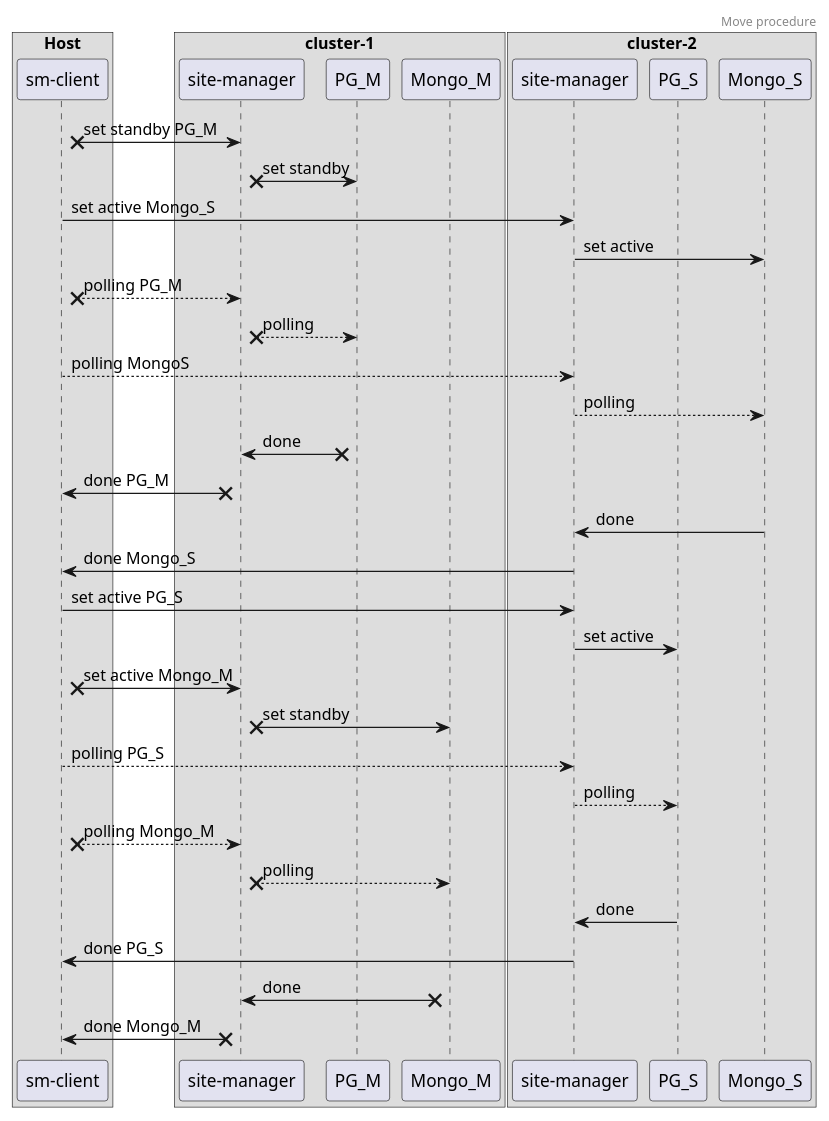
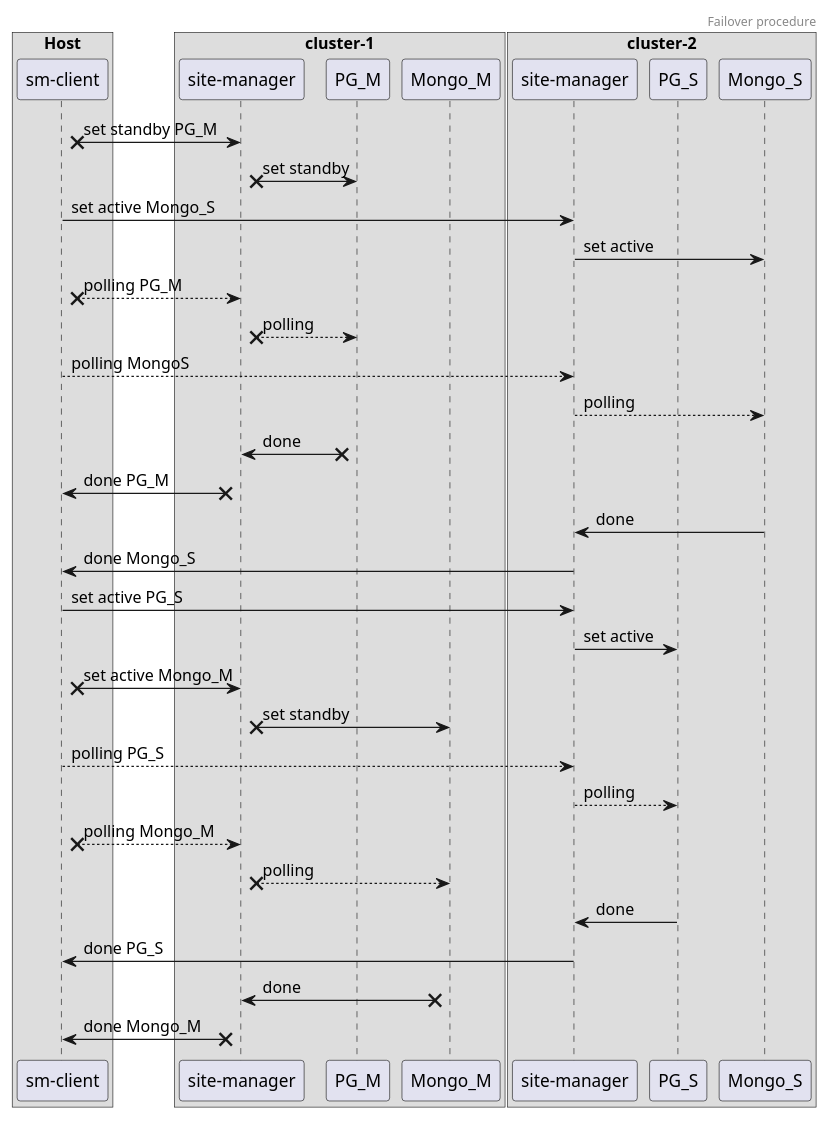
One commit to Netcracker/DRNavigator changed the diagram in documentation/sources/site-manager_diagram_failover.puml. Above: the diagram before and after it, drawn with PlantUML. The commit also changed 3 other files, not shown here.

Commit message:
fix dr procedure diagrams

```diff
--- a/documentation/sources/site-manager_diagram_failover.puml
+++ b/documentation/sources/site-manager_diagram_failover.puml
@@ -1,49 +1,49 @@
 @startuml
-header Move procedure
+header Failover procedure
 
 box "Host"
 participant "sm-client" as smClient
 end box
 
 box "cluster-1"
 participant "site-manager" as SiteManager1
 participant PG_M
 participant Mongo_M
 end box
 
 box "cluster-2"
 participant "site-manager" as SiteManager2
 participant PG_S
 participant Mongo_S
 end box
 
 smClient  x-> SiteManager1 : set standby PG_M
 SiteManager1 x-> PG_M : set standby
 smClient -> SiteManager2 : set active Mongo_S
 SiteManager2 -> Mongo_S : set active
 
 smClient x--> SiteManager1 : polling PG_M
 SiteManager1 x--> PG_M : polling
 smClient --> SiteManager2 : polling MongoS
 SiteManager2 --> Mongo_S : polling
 
 PG_M x-> SiteManager1 : done
 SiteManager1 x-> smClient : done PG_M
 Mongo_S -> SiteManager2 : done
 SiteManager2 -> smClient : done Mongo_S
 
 smClient  -> SiteManager2 : set active PG_S
 SiteManager2 -> PG_S : set active
 smClient  x-> SiteManager1 : set active Mongo_M
 SiteManager1 x-> Mongo_M : set standby
 
 smClient  --> SiteManager2 : polling PG_S
 SiteManager2 --> PG_S : polling
 smClient x--> SiteManager1 : polling Mongo_M
 SiteManager1 x--> Mongo_M : polling
 
 PG_S -> SiteManager2 : done
 SiteManager2 -> smClient : done PG_S
 Mongo_M x-> SiteManager1 : done
 SiteManager1 x-> smClient : done Mongo_M
 @enduml
```
